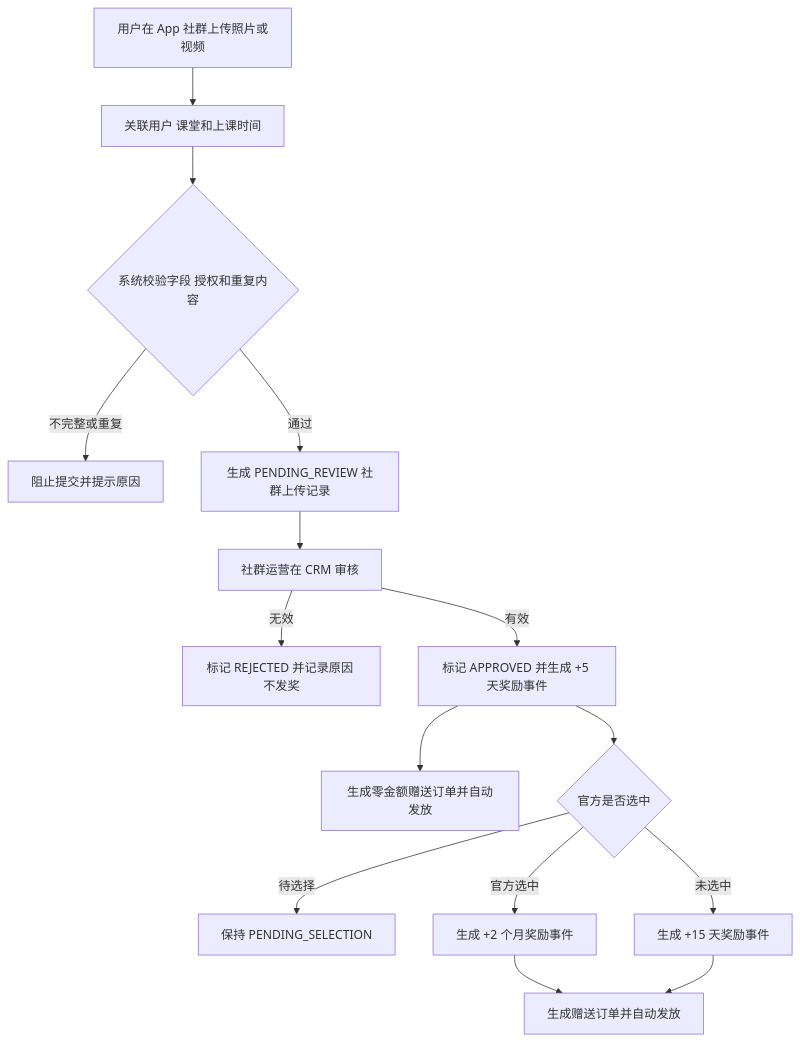
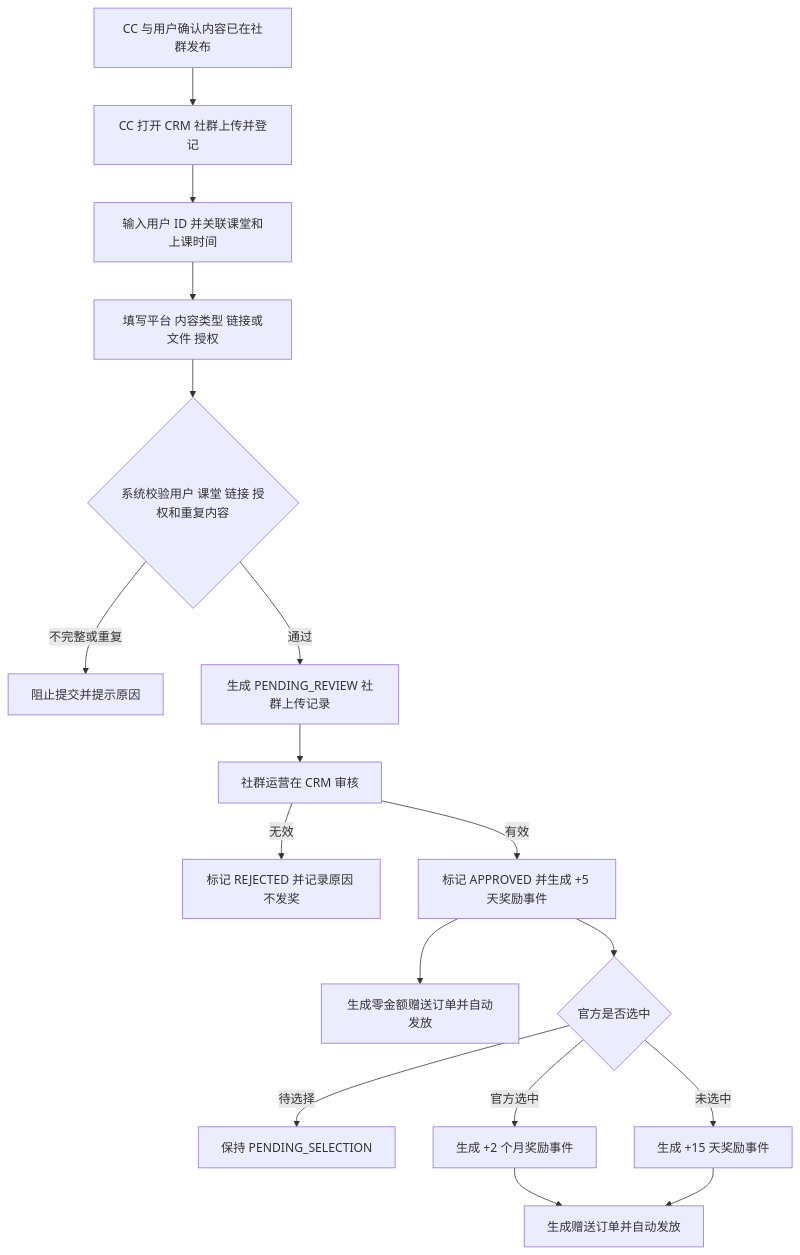
Before and after one commit to h3-ai-lab/hhhprd: the second of 2 diagrams in projects/referral-growth-mvp/prd/PRD.md, drawn with Mermaid. The commit also changed other lines of this file and 10 other files, not shown here.

````diff
--- a/projects/referral-growth-mvp/prd/PRD.md
+++ b/projects/referral-growth-mvp/prd/PRD.md
@@ -183,17 +185,19 @@
 ```mermaid
 flowchart TD
-    U1[用户在 App 社群上传照片或视频] --> U2[关联用户 课堂和上课时间]
-    U2 --> U3{系统校验字段 授权和重复内容}
+    U1[CC 与用户确认内容已在社群发布] --> U2[CC 打开 CRM 社群上传并登记]
+    U2 --> U2A[输入用户 ID 并关联课堂和上课时间]
+    U2A --> U2B[填写平台 内容类型 链接或文件 授权]
+    U2B --> U3{系统校验用户 课堂 链接 授权和重复内容}
     U3 -->|不完整或重复| U4[阻止提交并提示原因]
     U3 -->|通过| U5[生成 PENDING_REVIEW 社群上传记录]
     U5 --> U6[社群运营在 CRM 审核]
     U6 -->|无效| U7[标记 REJECTED 并记录原因 不发奖]
     U6 -->|有效| U8[标记 APPROVED 并生成 +5 天奖励事件]
     U8 --> U9[生成零金额赠送订单并自动发放]
     U8 --> U10{官方是否选中}
     U10 -->|待选择| U11[保持 PENDING_SELECTION]
     U10 -->|官方选中| U12[生成 +2 个月奖励事件]
     U10 -->|未选中| U13[生成 +15 天奖励事件]
     U12 --> U14[生成赠送订单并自动发放]
     U13 --> U14
 ```
````
